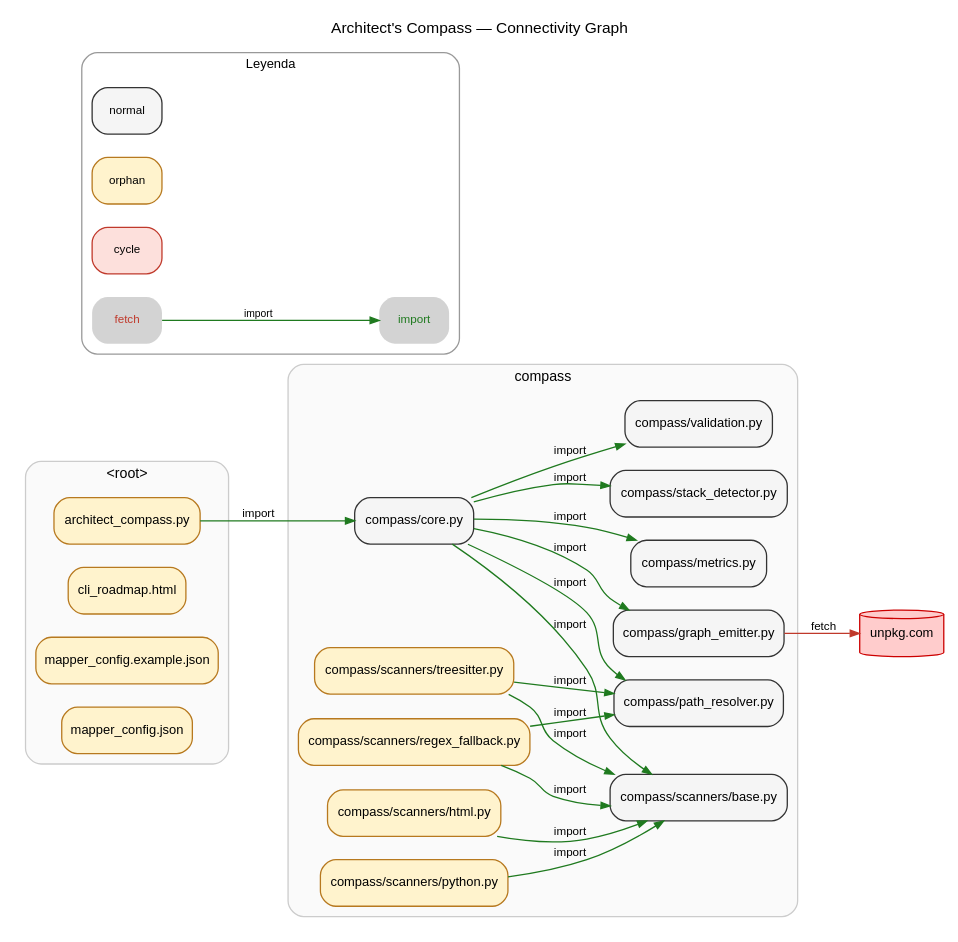
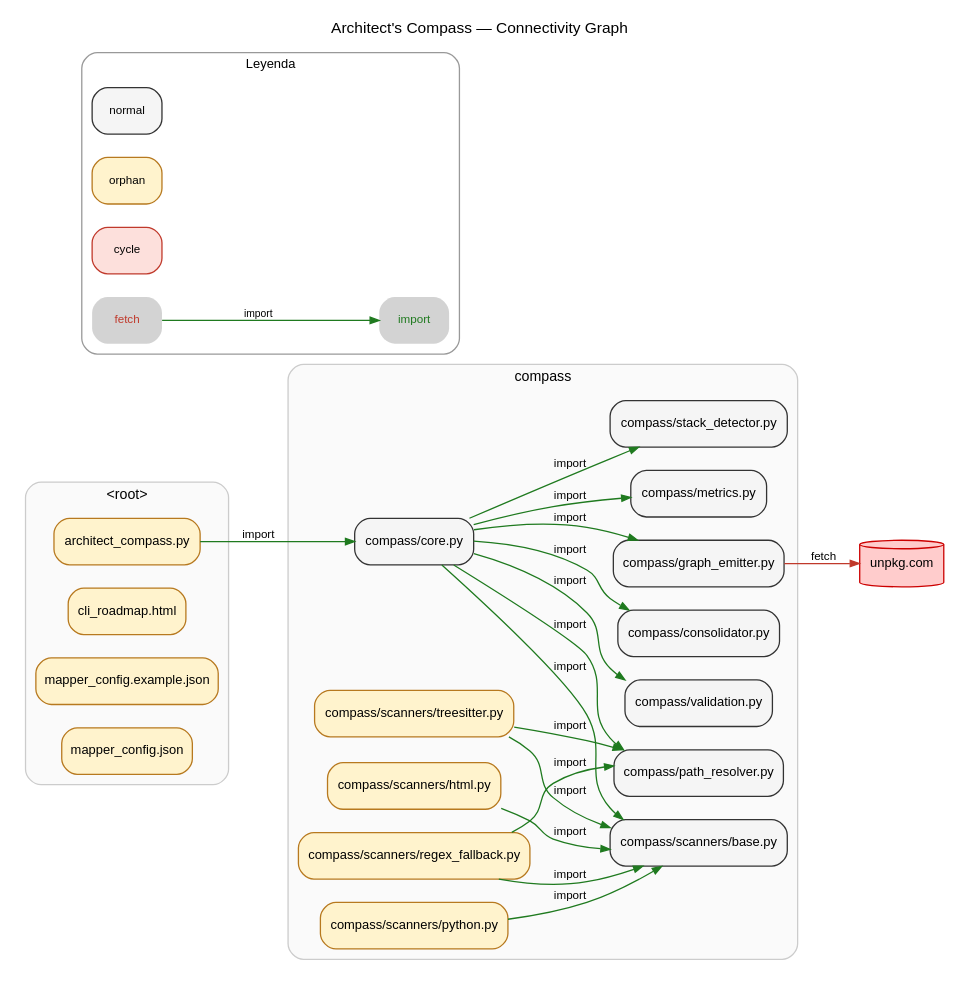
Before and after one commit to betovildoza/Architect_compass: the diagram in .map/connectivity.dot, drawn with Graphviz. The commit also changed 7 other files, not shown here.

```diff
--- a/.map/connectivity.dot
+++ b/.map/connectivity.dot
@@ -1,60 +1,62 @@
 digraph G {
     rankdir=LR;
     concentrate=false; compound=true;
     graph [fontname="Arial", fontsize=12, labelloc="t", label="Architect's Compass — Connectivity Graph"];
     node [style="rounded,filled", fontname="Arial", fontsize=10];
     edge [arrowsize=0.7];
     subgraph "cluster_<root>" {
         label="<root>";
         style="rounded,filled";
         fillcolor="#fafafa"; color="#cccccc";
         fontname="Arial"; fontsize=11;
         "architect_compass.py" [shape=box, fillcolor="#fff3cd", color="#b7791f"];
         "cli_roadmap.html" [shape=box, fillcolor="#fff3cd", color="#b7791f"];
         "mapper_config.example.json" [shape=box, fillcolor="#fff3cd", color="#b7791f"];
         "mapper_config.json" [shape=box, fillcolor="#fff3cd", color="#b7791f"];
     }
     subgraph "cluster_compass" {
         label="compass";
         style="rounded,filled";
         fillcolor="#fafafa"; color="#cccccc";
         fontname="Arial"; fontsize=11;
+        "compass/consolidator.py" [shape=box, fillcolor="#f5f5f5", color="#333333"];
         "compass/core.py" [shape=box, fillcolor="#f5f5f5", color="#333333"];
         "compass/graph_emitter.py" [shape=box, fillcolor="#f5f5f5", color="#333333"];
         "compass/metrics.py" [shape=box, fillcolor="#f5f5f5", color="#333333"];
         "compass/path_resolver.py" [shape=box, fillcolor="#f5f5f5", color="#333333"];
         "compass/scanners/base.py" [shape=box, fillcolor="#f5f5f5", color="#333333"];
         "compass/scanners/html.py" [shape=box, fillcolor="#fff3cd", color="#b7791f"];
         "compass/scanners/python.py" [shape=box, fillcolor="#fff3cd", color="#b7791f"];
         "compass/scanners/regex_fallback.py" [shape=box, fillcolor="#fff3cd", color="#b7791f"];
         "compass/scanners/treesitter.py" [shape=box, fillcolor="#fff3cd", color="#b7791f"];
         "compass/stack_detector.py" [shape=box, fillcolor="#f5f5f5", color="#333333"];
         "compass/validation.py" [shape=box, fillcolor="#f5f5f5", color="#333333"];
     }
     "[EXTERNAL:unpkg.com]" [label="unpkg.com", shape=cylinder, style=filled, fillcolor="#ffcccc", color="#cc0000", fontname="Arial"];
     "architect_compass.py" -> "compass/core.py" [label="import", color="#1f7a1f", fontname="Arial", fontsize=9];
+    "compass/core.py" -> "compass/consolidator.py" [label="import", color="#1f7a1f", fontname="Arial", fontsize=9];
     "compass/core.py" -> "compass/graph_emitter.py" [label="import", color="#1f7a1f", fontname="Arial", fontsize=9];
     "compass/core.py" -> "compass/metrics.py" [label="import", color="#1f7a1f", fontname="Arial", fontsize=9];
     "compass/core.py" -> "compass/path_resolver.py" [label="import", color="#1f7a1f", fontname="Arial", fontsize=9];
     "compass/core.py" -> "compass/scanners/base.py" [label="import", color="#1f7a1f", fontname="Arial", fontsize=9];
     "compass/core.py" -> "compass/stack_detector.py" [label="import", color="#1f7a1f", fontname="Arial", fontsize=9];
     "compass/core.py" -> "compass/validation.py" [label="import", color="#1f7a1f", fontname="Arial", fontsize=9];
     "compass/graph_emitter.py" -> "[EXTERNAL:unpkg.com]" [label="fetch", color="#c0392b", fontname="Arial", fontsize=9];
     "compass/scanners/html.py" -> "compass/scanners/base.py" [label="import", color="#1f7a1f", fontname="Arial", fontsize=9];
     "compass/scanners/python.py" -> "compass/scanners/base.py" [label="import", color="#1f7a1f", fontname="Arial", fontsize=9];
     "compass/scanners/regex_fallback.py" -> "compass/path_resolver.py" [label="import", color="#1f7a1f", fontname="Arial", fontsize=9];
     "compass/scanners/regex_fallback.py" -> "compass/scanners/base.py" [label="import", color="#1f7a1f", fontname="Arial", fontsize=9];
     "compass/scanners/treesitter.py" -> "compass/path_resolver.py" [label="import", color="#1f7a1f", fontname="Arial", fontsize=9];
     "compass/scanners/treesitter.py" -> "compass/scanners/base.py" [label="import", color="#1f7a1f", fontname="Arial", fontsize=9];
     subgraph "cluster_legend" {
         label="Leyenda"; style="rounded,filled";
         fillcolor="#ffffff"; color="#999999";
         fontname="Arial"; fontsize=10; rank=sink;
         "_legend_node_normal" [label="normal", fillcolor="#f5f5f5", color="#333333", shape=box, style="rounded,filled", fontname="Arial", fontsize=9];
         "_legend_node_orphan" [label="orphan", fillcolor="#fff3cd", color="#b7791f", shape=box, style="rounded,filled", fontname="Arial", fontsize=9];
         "_legend_node_cycle" [label="cycle", fillcolor="#fde0dc", color="#c0392b", shape=box, style="rounded,filled", fontname="Arial", fontsize=9];
         "_legend_edge_fetch" [label="fetch", shape=plaintext, fontname="Arial", fontsize=9, fontcolor="#c0392b"];
         "_legend_edge_import" [label="import", shape=plaintext, fontname="Arial", fontsize=9, fontcolor="#1f7a1f"];
         "_legend_edge_fetch" -> "_legend_edge_import" [color="#1f7a1f", label="import", fontname="Arial", fontsize=8];
     }
 }
```
